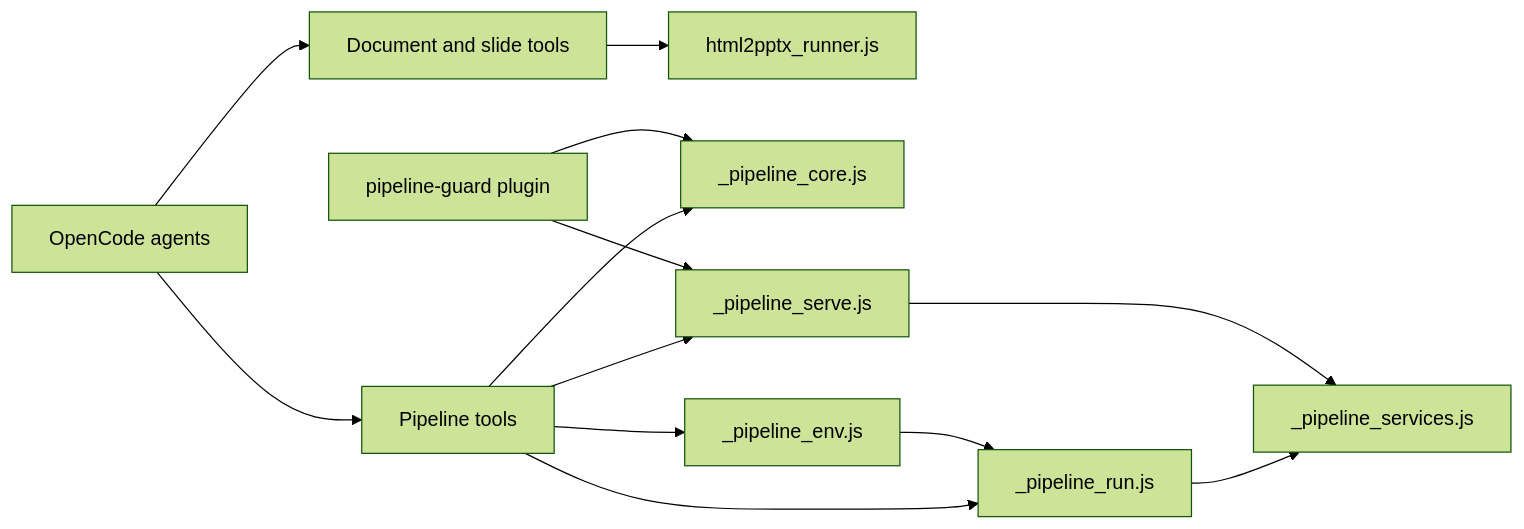
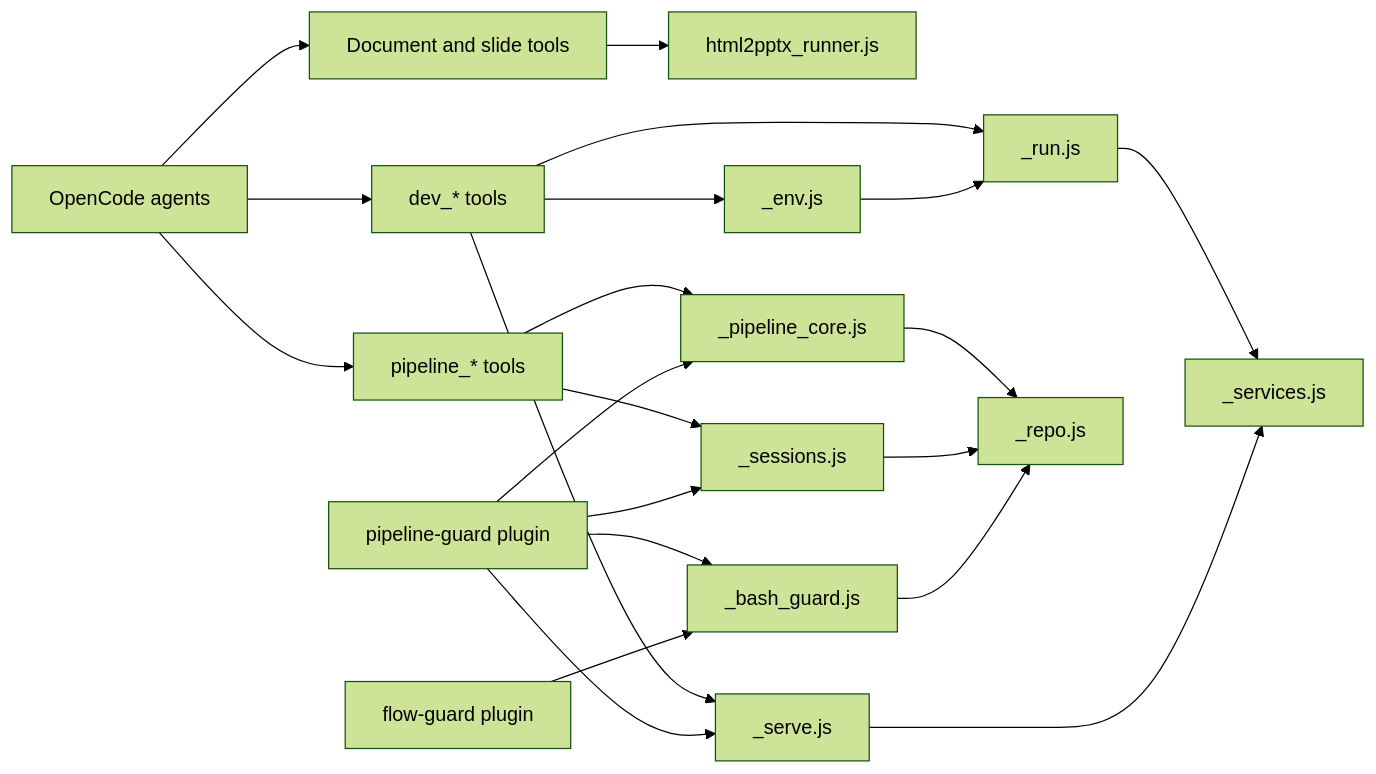
One commit to lorecanc/agents changed the diagram in wiki/modules/tools-and-plugins.md. Above: the diagram before and after it, drawn with Mermaid (forest theme). The commit also changed other lines of this file and 410 other files, not shown here.

````diff
--- a/wiki/modules/tools-and-plugins.md
+++ b/wiki/modules/tools-and-plugins.md
@@ -106,15 +112,23 @@
 ```mermaid
 graph LR
     Agents["OpenCode agents"] --> Tools["Document and slide tools"]
     Tools --> Slides["html2pptx_runner.js"]
-    Agents --> Pipeline["Pipeline tools"]
+    Agents --> Dev["dev_* tools"]
+    Agents --> Pipeline["pipeline_* tools"]
+    Dev --> Env["_env.js"]
+    Dev --> Runner["_run.js"]
+    Dev --> Serve["_serve.js"]
     Pipeline --> Core["_pipeline_core.js"]
-    Pipeline --> Env["_pipeline_env.js"]
-    Pipeline --> Runner["_pipeline_run.js"]
-    Pipeline --> Serve["_pipeline_serve.js"]
+    Pipeline --> Sessions["_sessions.js"]
     Env --> Runner
-    Runner --> Services["_pipeline_services.js"]
+    Runner --> Services["_services.js"]
     Serve --> Services
     Guard["pipeline-guard plugin"] --> Core
+    Guard --> BashGuard["_bash_guard.js"]
+    Guard --> Sessions
     Guard --> Serve
+    FlowGuard["flow-guard plugin"] --> BashGuard
+    Core --> Repo["_repo.js"]
+    Sessions --> Repo
+    BashGuard --> Repo
 ```
````
